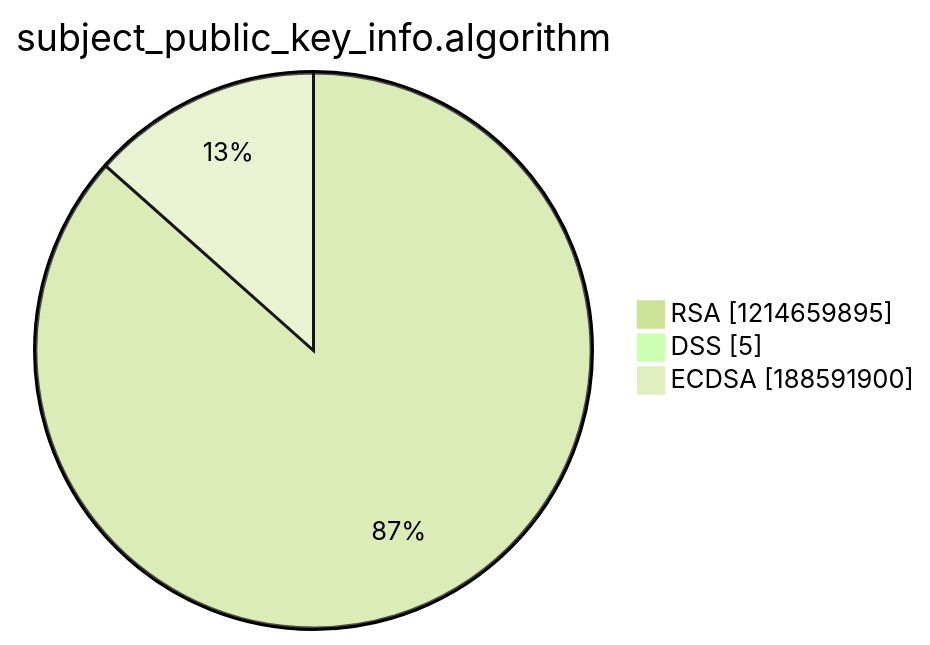
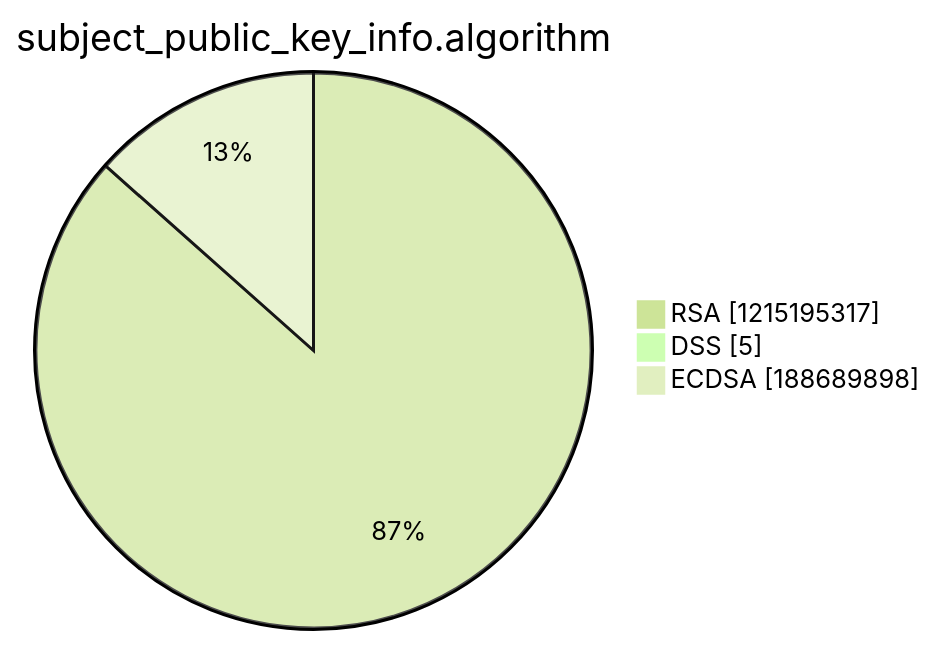
One commit to christiankrug/ctmonitor_visualization changed the third of 15 diagrams in argon2022/README.md. Above: the diagram before and after it, drawn with Mermaid (forest theme). The commit also changed other lines of this file, not shown here.

````diff
--- a/argon2022/README.md
+++ b/argon2022/README.md
@@ -14,7 +14,7 @@
 ```mermaid
 pie showData
 title subject_public_key_info.algorithm
-"RSA" :1214659895
+"RSA" :1215195317
 "DSS" :5
-"ECDSA" :188591900
+"ECDSA" :188689898
 ```
````
